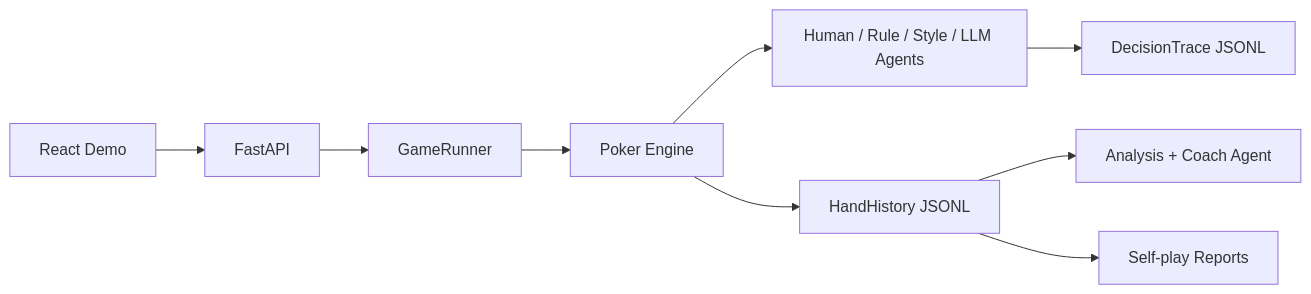
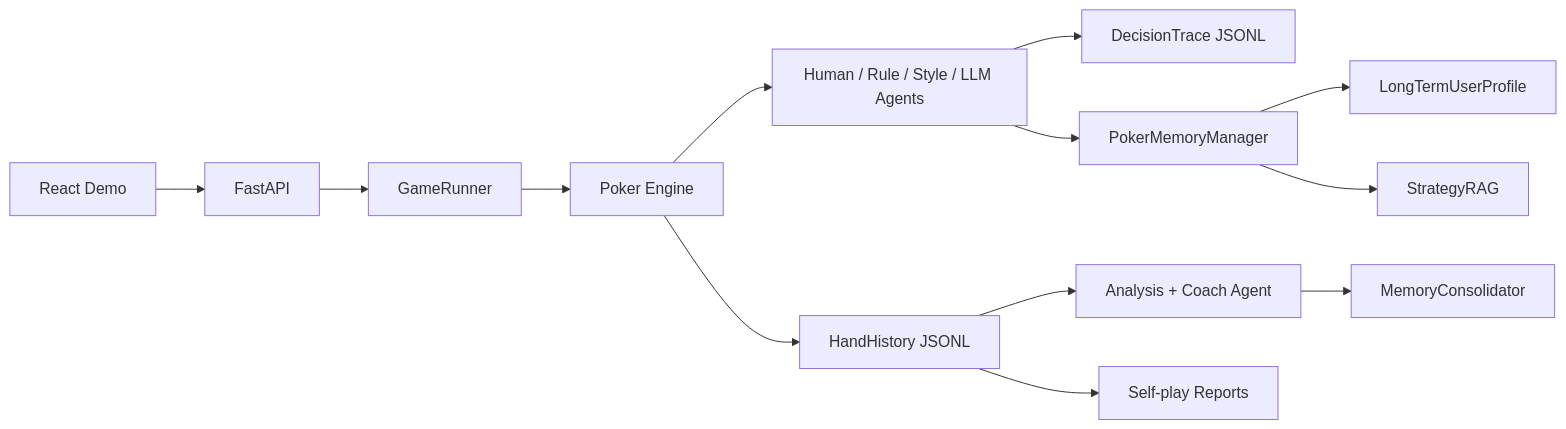
The diagram in README.md (King-zege/PokerAgentLab), drawn with Mermaid before and after one commit. The commit also changed other lines of this file and 10 other files, not shown here.

Commit message:
feat: add memory-aware poker lab demo

````diff
--- a/README.md
+++ b/README.md
@@ -15,11 +18,15 @@
 ```mermaid
 flowchart LR
   UI["React Demo"] --> API["FastAPI"]
   API --> Runner["GameRunner"]
   Runner --> Engine["Poker Engine"]
   Engine --> Agents["Human / Rule / Style / LLM Agents"]
   Agents --> Trace["DecisionTrace JSONL"]
   Engine --> History["HandHistory JSONL"]
+  Agents --> Memory["PokerMemoryManager"]
+  Memory --> Profile["LongTermUserProfile"]
+  Memory --> Strategy["StrategyRAG"]
   History --> Coach["Analysis + Coach Agent"]
+  Coach --> Consolidator["MemoryConsolidator"]
   History --> Experiments["Self-play Reports"]
 ```
````
